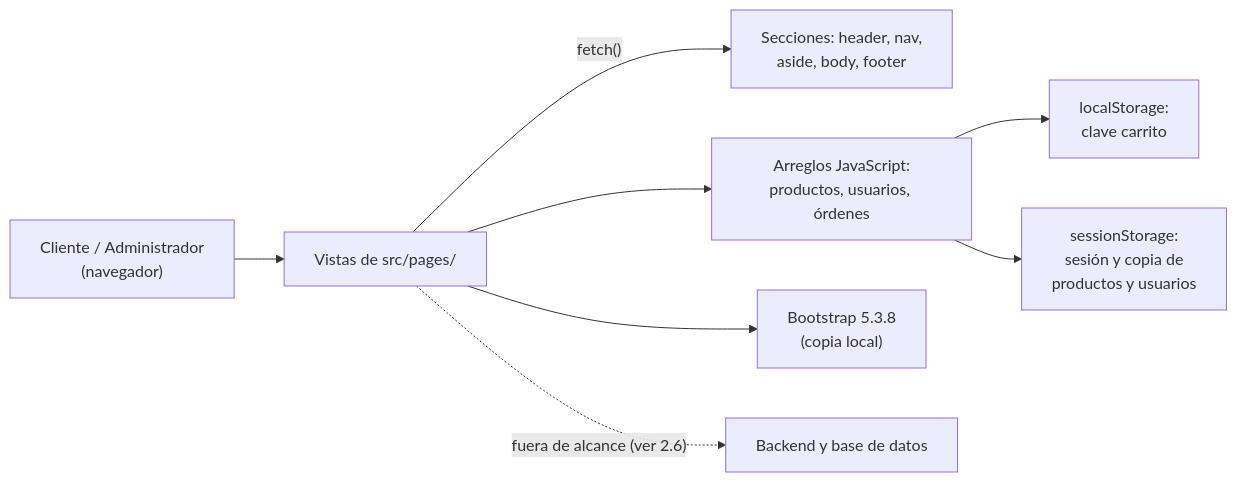
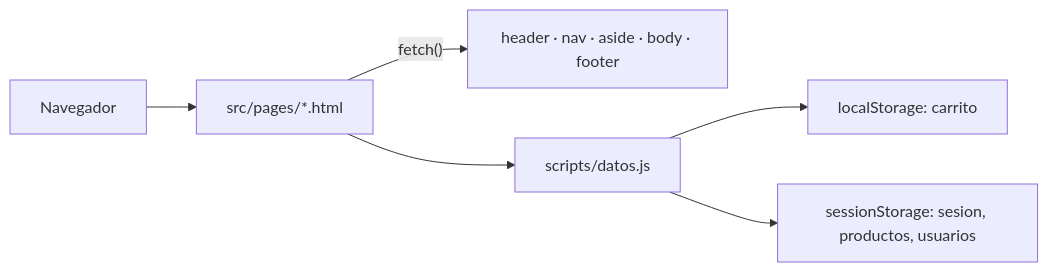
The first of 2 diagrams in README.md (daemunozr/web_store), drawn with Mermaid before and after one commit. The commit also changed other lines of this file and 2 other files, not shown here.

````diff
--- a/README.md
+++ b/README.md
@@ -200,10 +51,8 @@
 ```mermaid
 flowchart LR
-  U["Cliente / Administrador<br/>(navegador)"] --> V["Vistas de src/pages/"]
-  V -- "fetch()" --> S["Secciones: header, nav,<br/>aside, body, footer"]
-  V --> A["Arreglos JavaScript:<br/>productos, usuarios, órdenes"]
-  A --> L["localStorage:<br/>clave carrito"]
-  A --> SS["sessionStorage:<br/>sesión y copia de<br/>productos y usuarios"]
-  V --> B["Bootstrap 5.3.8<br/>(copia local)"]
-  V -. "fuera de alcance (ver 2.6)" .-> X["Backend y base de datos"]
+  U["Navegador"] --> V["src/pages/*.html"]
+  V -- "fetch()" --> S["header · nav · aside · body · footer"]
+  V --> A["scripts/datos.js"]
+  A --> L["localStorage: carrito"]
+  A --> SS["sessionStorage: sesion, productos, usuarios"]
 ```
````
